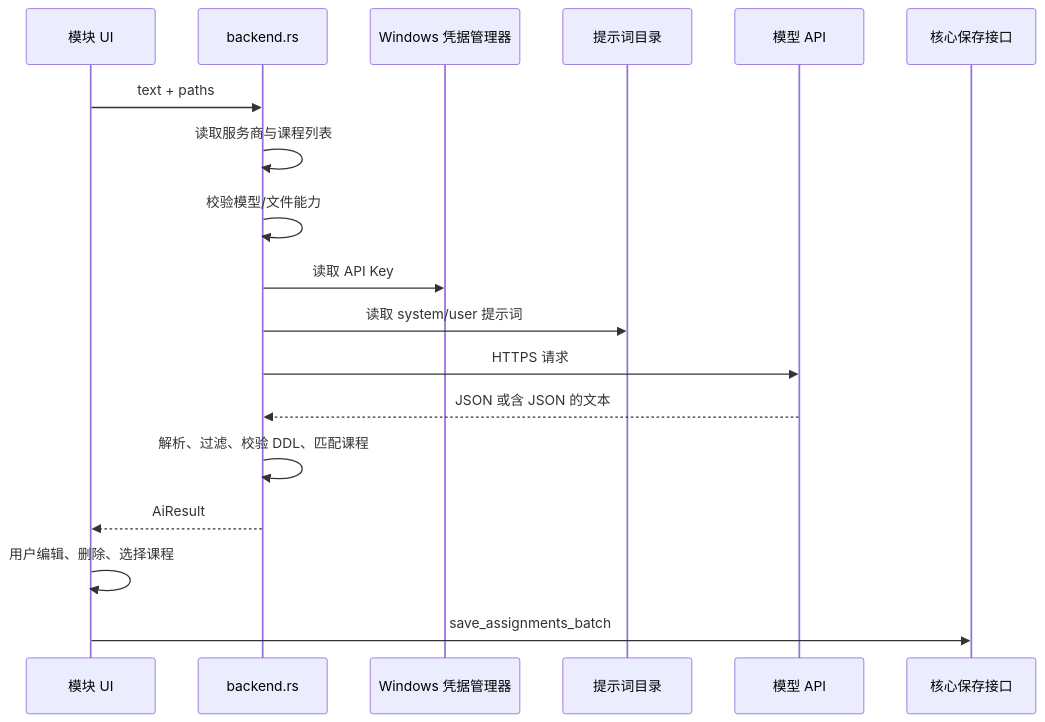
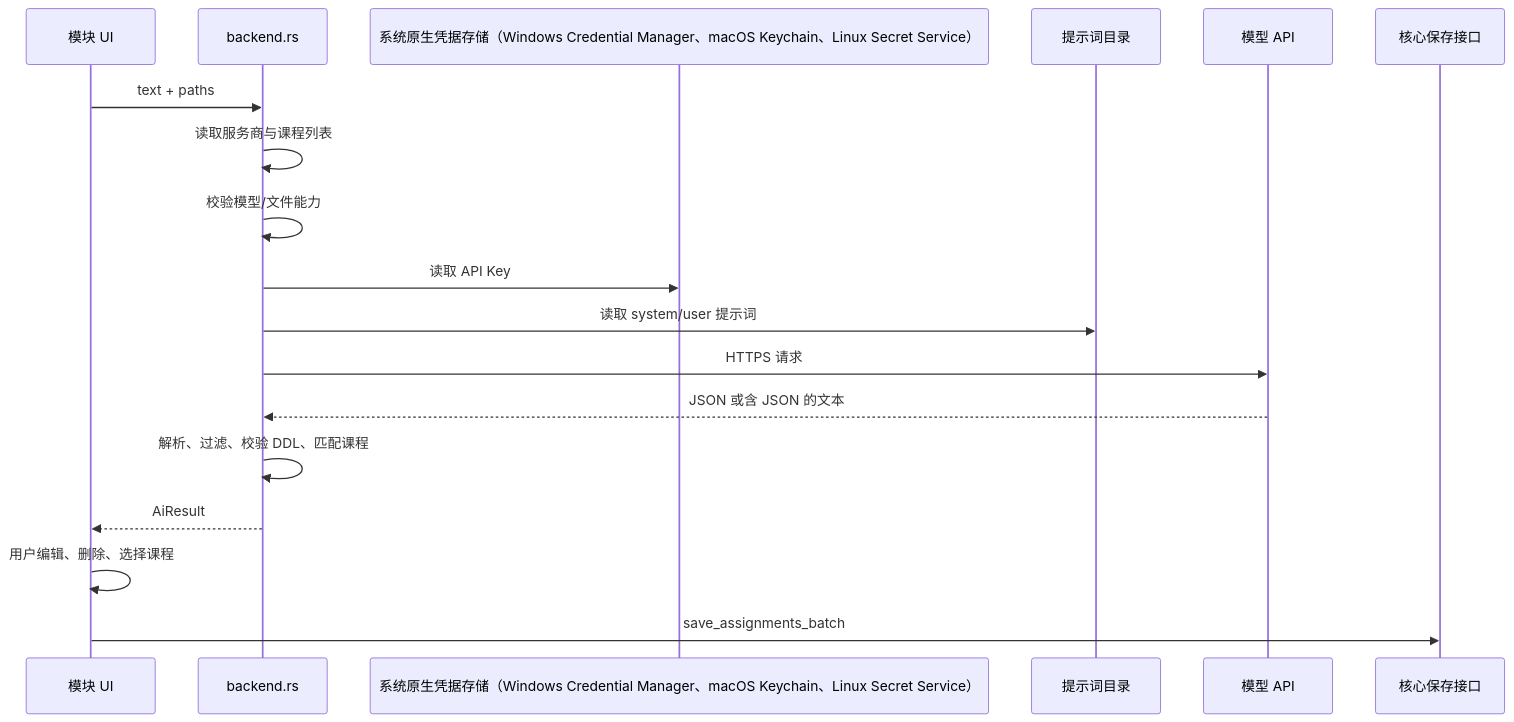
The diagram in modules/assignment-import/README.md (ZeyuZhao1/homework-manager), drawn with Mermaid before and after one commit. The commit also changed other lines of this file and 37 other files, not shown here.

````diff
--- a/modules/assignment-import/README.md
+++ b/modules/assignment-import/README.md
@@ -102,20 +102,20 @@
 ```mermaid
 sequenceDiagram
     participant UI as 模块 UI
     participant B as backend.rs
-    participant K as Windows 凭据管理器
+    participant K as 系统原生凭据存储（Windows Credential Manager、macOS Keychain、Linux Secret Service）
     participant P as 提示词目录
     participant M as 模型 API
     participant C as 核心保存接口
     UI->>B: text + paths
     B->>B: 读取服务商与课程列表
     B->>B: 校验模型/文件能力
     B->>K: 读取 API Key
     B->>P: 读取 system/user 提示词
     B->>M: HTTPS 请求
     M-->>B: JSON 或含 JSON 的文本
     B->>B: 解析、过滤、校验 DDL、匹配课程
     B-->>UI: AiResult
     UI->>UI: 用户编辑、删除、选择课程
     UI->>C: save_assignments_batch
 ```
````
